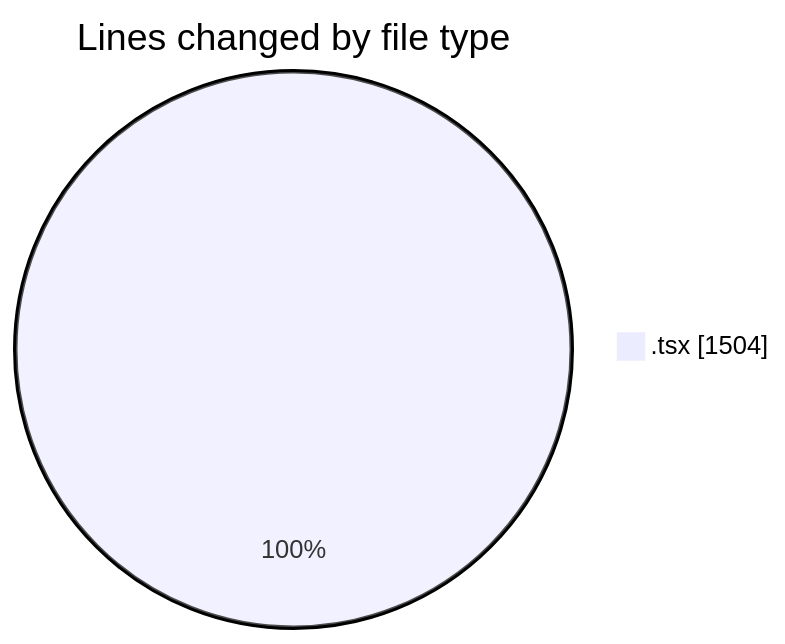
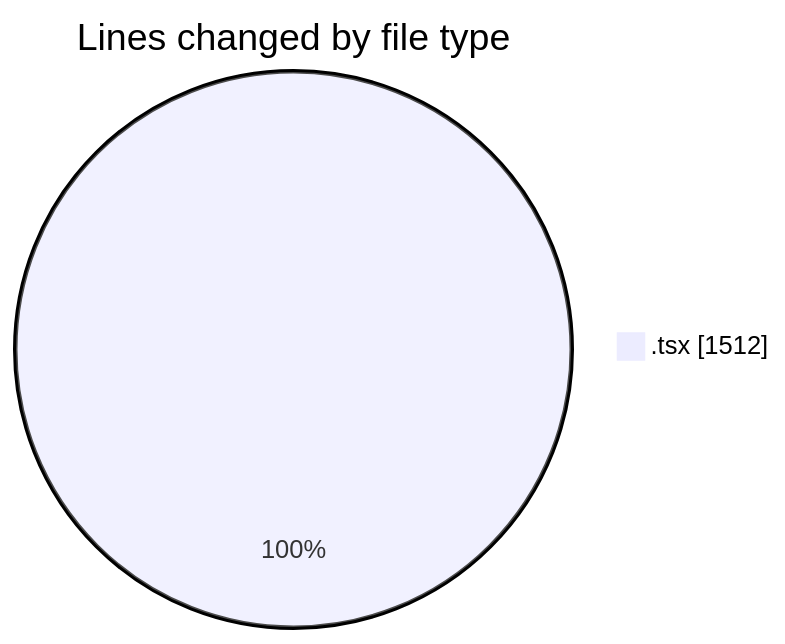
One commit to robertbonfada/code-tracking changed the first of 2 diagrams in 2025-03-11/mbc-web/README.md. Above: the diagram before and after it, drawn with Mermaid. The commit also changed other lines of this file and 1 other file, not shown here.

````diff
--- a/2025-03-11/mbc-web/README.md
+++ b/2025-03-11/mbc-web/README.md
@@ -33,5 +33,5 @@
 ```mermaid
 pie showData
 title Lines changed by file type
-".tsx" : 1504
+".tsx" : 1512
 ```
````
